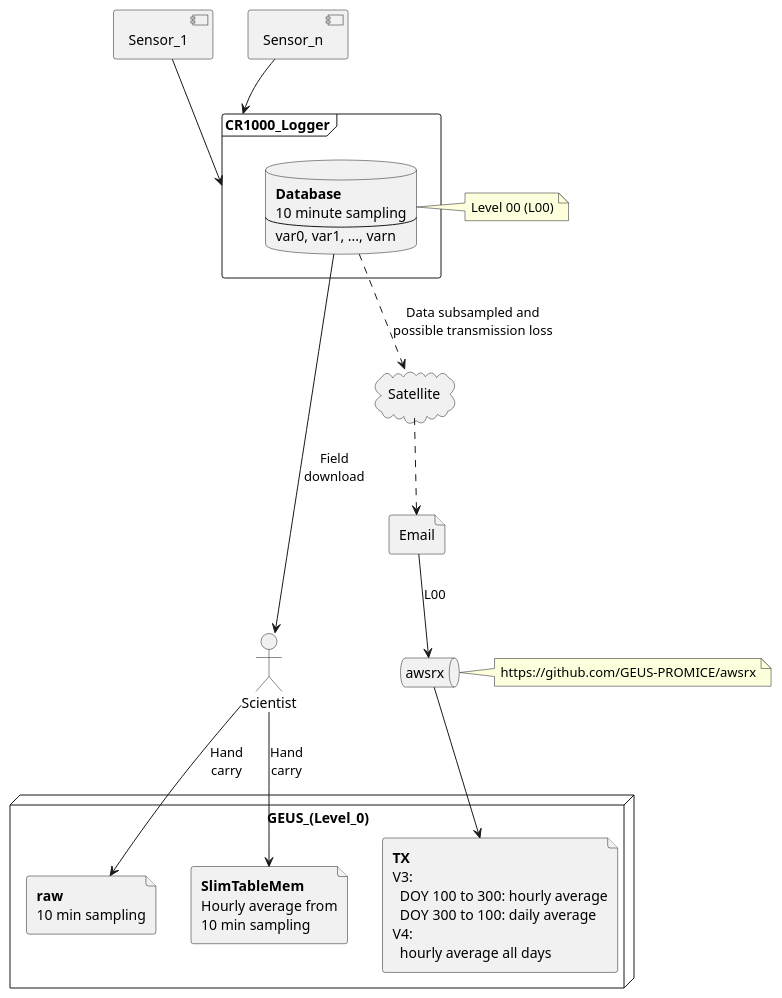
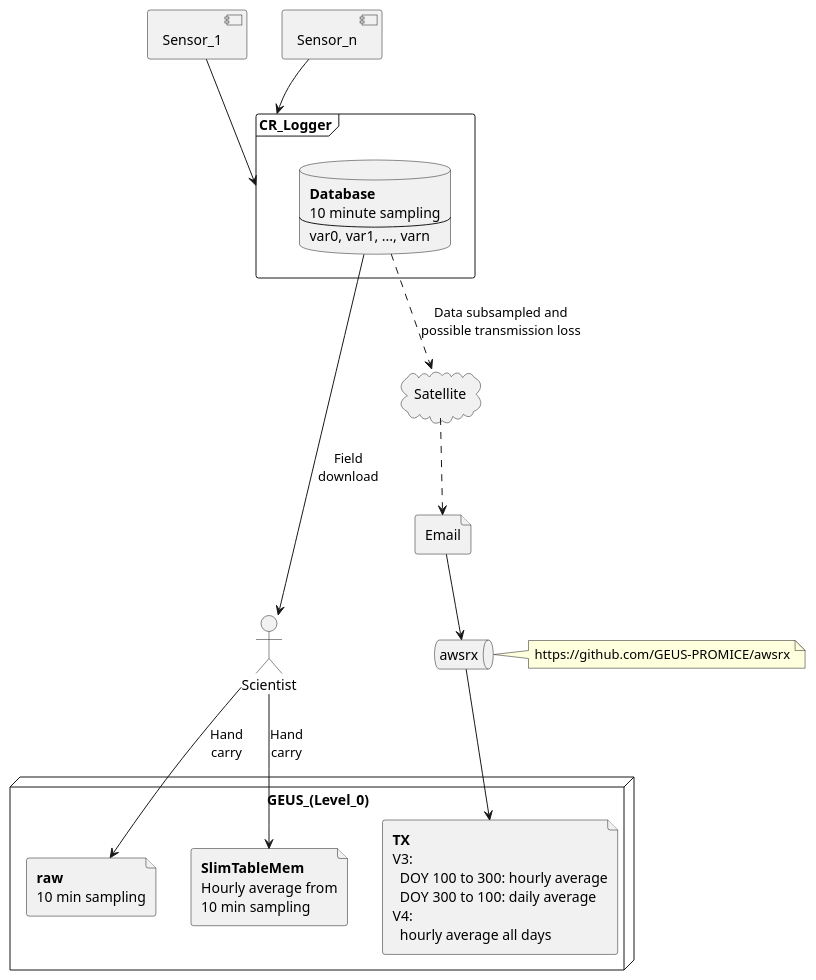
The diagram in README.org (GEUS-Glaciology-and-Climate/pypromice), drawn with PlantUML before and after one commit. The commit also changed other lines of this file and 4 other files, not shown here.

```diff
--- a/README.org
+++ b/README.org
@@ -205,67 +186,63 @@
 #+begin_src plantuml :file ./fig/L00_to_L0.png :exports results
 @startuml
 
 ' plantuml activity diagram (beta)
 
 component Sensor_1
 component Sensor_n
 
-frame CR1000_Logger {
+frame CR_Logger {
   database DB_logger [
   <b>Database</b>
   10 minute sampling
   ----
   var0, var1, ..., varn
 ] 
 }
 
-note right
-  Level 00 (L00)
-end note
-
-Sensor_1 --> CR1000_Logger
-Sensor_n --> CR1000_Logger
+Sensor_1 --> CR_Logger
+Sensor_n --> CR_Logger
 
 node GEUS_(Level_0) {
   file Raw [
   <b>raw</b>
   10 min sampling
   ]
 
   file SlimTableMem [
   <b>SlimTableMem</b>
   Hourly average from
   10 min sampling
   ]
 
   file TX [
   <b>TX</b>
   V3:
     DOY 100 to 300: hourly average
     DOY 300 to 100: daily average
   V4:
     hourly average all days
   ]
 }
 
 ' DB -> hand carry -> raw
 actor Scientist
 DB_logger --> Scientist : Field\ndownload
 Scientist --> Raw : Hand\ncarry
 Scientist --> SlimTableMem : Hand\ncarry
 
 ' DB -> satellite -> Transmitted
 cloud Satellite
 file Email
 queue awsrx
 note right
    https://github.com/GEUS-PROMICE/awsrx
 end note
 
 DB_logger -[dashed]-> Satellite : Data subsampled and\npossible transmission loss
 Satellite -[dashed]-> Email
-Email --> awsrx : L00
+Email --> awsrx
 awsrx --> TX
 
 @enduml
 #+end_src
```
